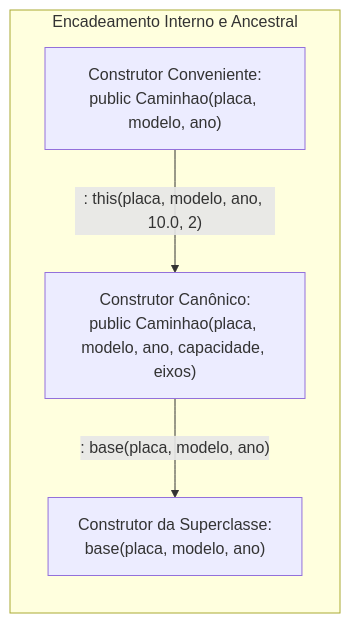
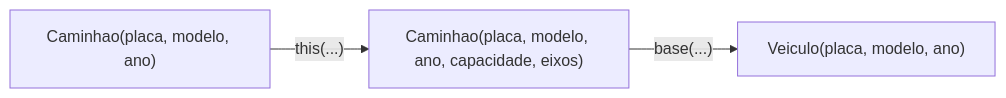
The third of 3 diagrams in 01. Programacao Modular/16. Construtores em classes filhas (ordem de inicialização e a cláusula base).md (leorruas/puc), drawn with Mermaid before and after one commit. The commit also changed other lines of this file, not shown here.

Commit message:
Normaliza Mermaid de construtores em subclasses

````diff
--- a/01. Programacao Modular/16. Construtores em classes filhas (ordem de inicialização e a cláusula base).md
+++ b/01. Programacao Modular/16. Construtores em classes filhas (ordem de inicialização e a cláusula base).md
@@ -190,13 +173,9 @@
 ```mermaid
-flowchart TD
-    subgraph EncadeamentoConstrutores ["Encadeamento Interno e Ancestral"]
-        direction TB
+flowchart LR
+    Conveniente["Caminhao(placa, modelo, ano)"]:::component
+    Canonico["Caminhao(placa, modelo, ano, capacidade, eixos)"]:::core
+    Base["Veiculo(placa, modelo, ano)"]:::component
 
-        Ctor1["Construtor Conveniente:<br>public Caminhao(placa, modelo, ano)"]
-        Ctor2["Construtor Canônico:<br>public Caminhao(placa, modelo, ano, capacidade, eixos)"]
-        CtorBase["Construtor da Superclasse:<br>base(placa, modelo, ano)"]
-
-        Ctor1 -->|": this(placa, modelo, ano, 10.0, 2)"| Ctor2
-        Ctor2 -->|": base(placa, modelo, ano)"| CtorBase
-    end
+    Conveniente -->|"this(...)"| Canonico
+    Canonico -->|"base(...)"| Base
 ```
````
